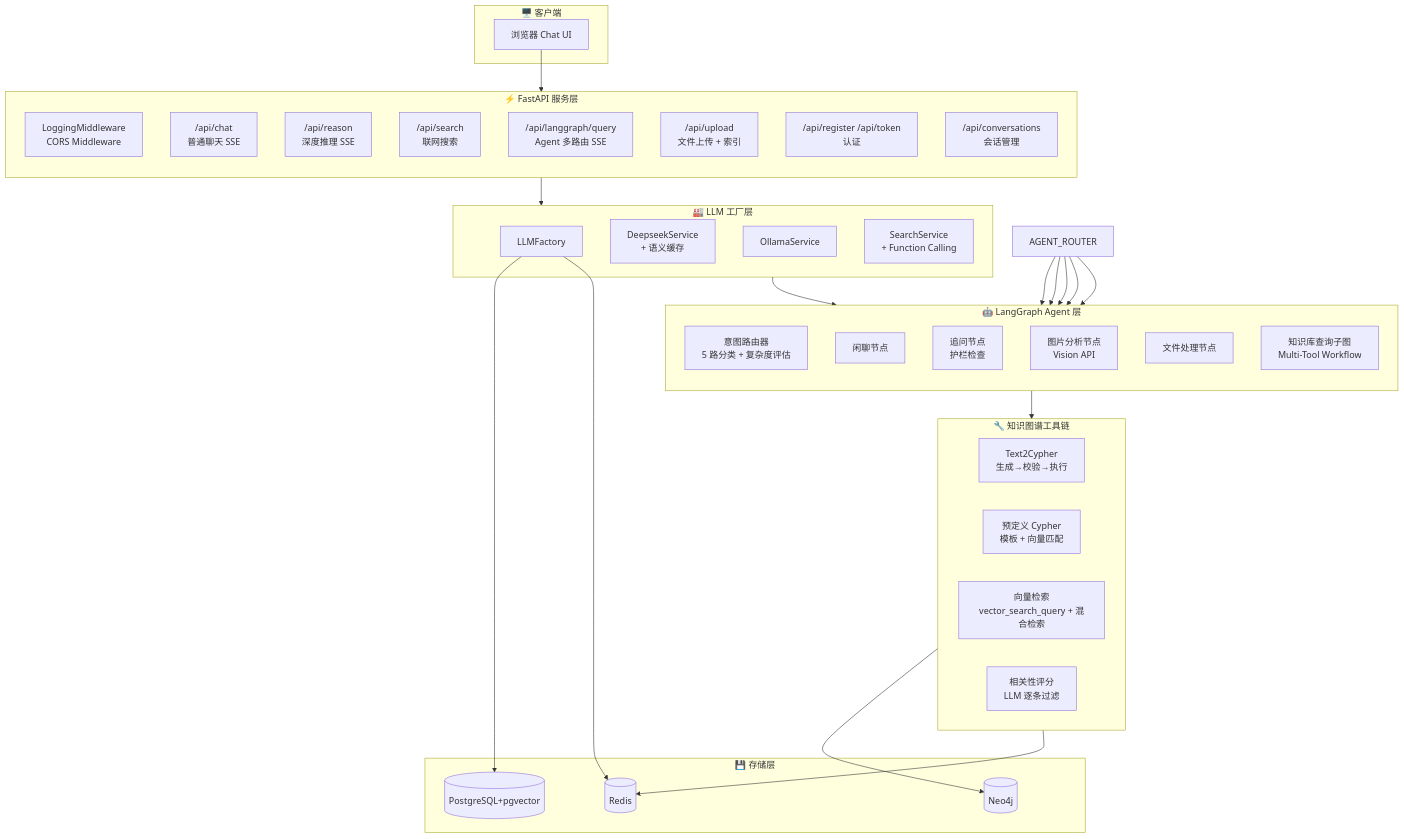
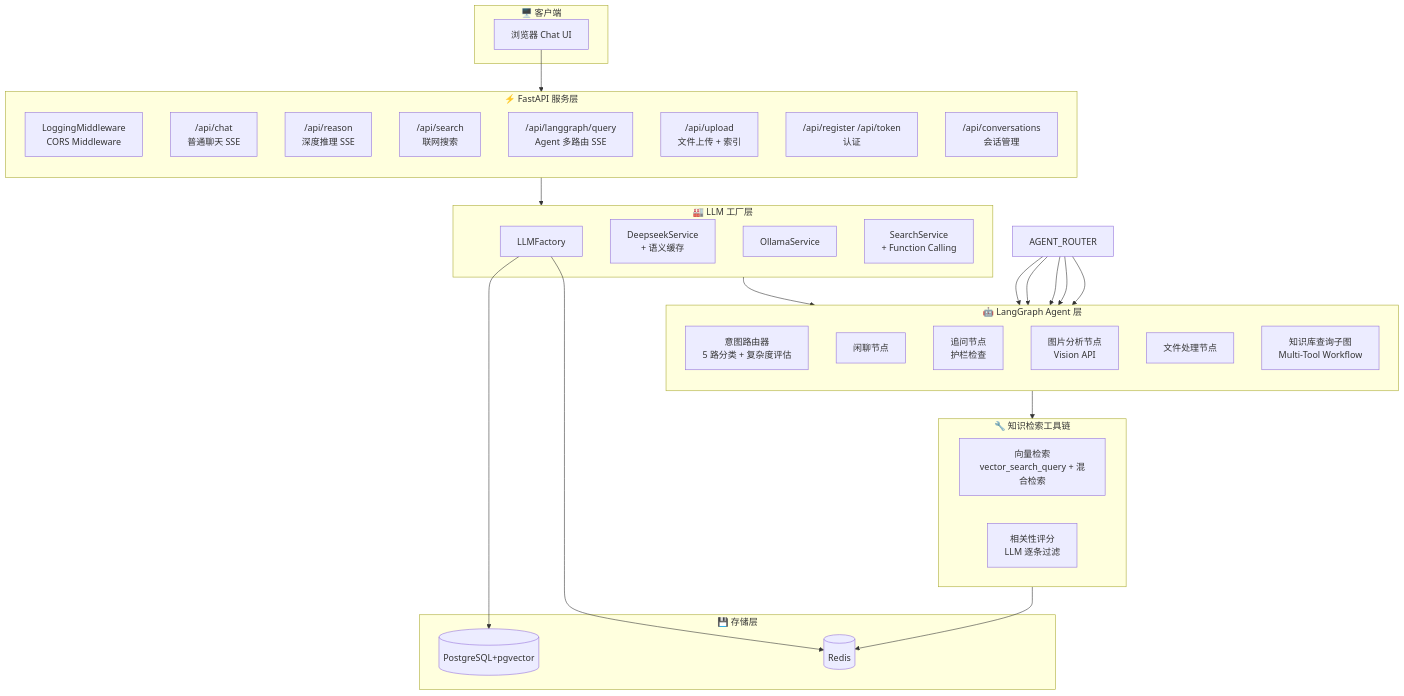
Before and after one commit to blowt16/SmartCS-Agent: the second of 10 diagrams in docs/PROJECT_ANALYSIS.md, drawn with Mermaid. The commit also changed other lines of this file and 85 other files, not shown here.

First line of the commit message:
[refactor] 彻底移除 Neo4j 与 Cypher：知识库查询统一为 pgvector 向量检索

````diff
--- a/docs/PROJECT_ANALYSIS.md
+++ b/docs/PROJECT_ANALYSIS.md
@@ -114,59 +108,55 @@
 ```mermaid
 flowchart TB
     subgraph Client["🖥️ 客户端"]
         Browser["浏览器 Chat UI"]
     end
 
     subgraph FastAPI["⚡ FastAPI 服务层"]
         direction TB
         MW["LoggingMiddleware<br/>CORS Middleware"]
         CHAT["/api/chat<br/>普通聊天 SSE"]
         REASON["/api/reason<br/>深度推理 SSE"]
         SEARCH["/api/search<br/>联网搜索"]
         LG["/api/langgraph/query<br/>Agent 多路由 SSE"]
         UPLOAD["/api/upload<br/>文件上传 + 索引"]
         AUTH["/api/register /api/token<br/>认证"]
         CONV["/api/conversations<br/>会话管理"]
     end
 
     subgraph Factory["🏭 LLM 工厂层"]
         LLMF["LLMFactory"]
         DS["DeepseekService<br/>+ 语义缓存"]
         OS["OllamaService"]
         SS["SearchService<br/>+ Function Calling"]
     end
 
     subgraph Agent["🤖 LangGraph Agent 层"]
         direction TB
         ROUTER["意图路由器<br/>5 路分类 + 复杂度评估"]
         GEN["闲聊节点"]
         ADD["追问节点<br/>护栏检查"]
         IMG["图片分析节点<br/>Vision API"]
         FILE["文件处理节点"]
         KG["知识库查询子图<br/>Multi-Tool Workflow"]
     end
 
-    subgraph KGTools["🔧 知识图谱工具链"]
+    subgraph KGTools["🔧 知识检索工具链"]
         direction LR
-        T2C["Text2Cypher<br/>生成→校验→执行"]
-        PC["预定义 Cypher<br/>模板 + 向量匹配"]
         GRAG["向量检索<br/>vector_search_query + 混合检索"]
         RG["相关性评分<br/>LLM 逐条过滤"]
     end
 
     subgraph Store["💾 存储层"]
         PostgreSQL[(PostgreSQL+pgvector)]
         Redis[(Redis)]
-        Neo4j[(Neo4j)]
     end
 
     Browser --> FastAPI
     FastAPI --> Factory
     Factory --> Agent
     AGENT_ROUTER --> GEN & ADD & IMG & FILE & KG
     KG --> KGTools
-    KGTools --> Neo4j
     KGTools --> Redis
     LLMF --> PostgreSQL
     LLMF --> Redis
 ```
````
